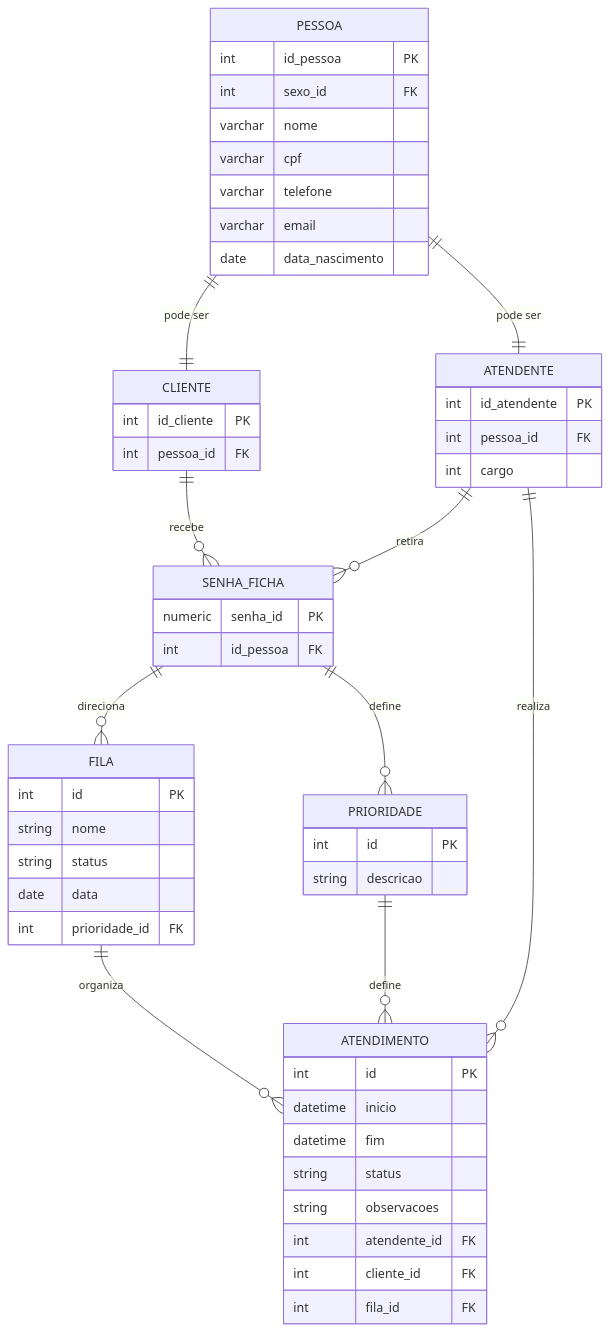
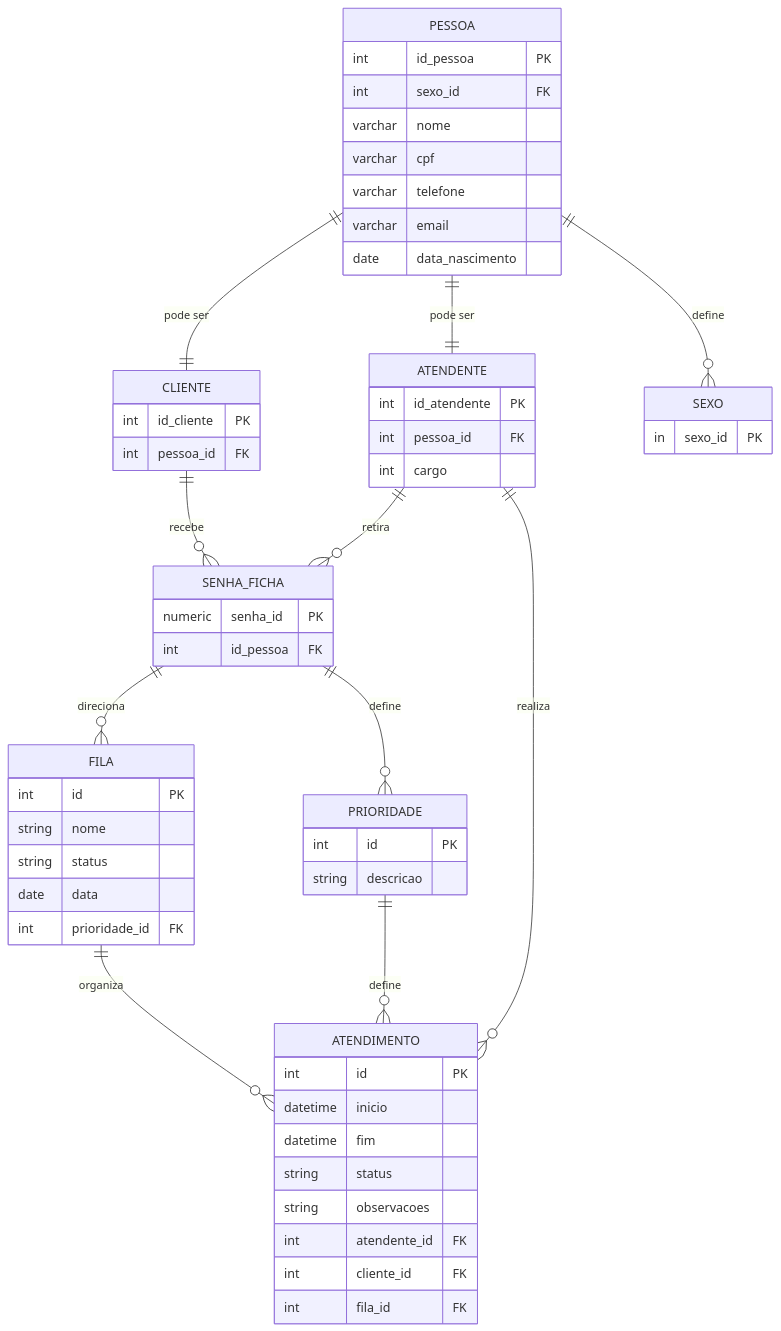
One commit to limadev27/Modelagem-de-Banco-de-Dados-com-PostgreSQL---Atividade changed the diagram in README.md. Above: the diagram before and after it, drawn with Mermaid.

Commit message:
Add SEXO entity and relationship to PESSOA

````diff
--- a/README.md
+++ b/README.md
@@ -42,67 +42,73 @@
 ```mermaid
 erDiagram
     PESSOA {
         int id_pessoa PK
         int sexo_id FK
         varchar nome
         varchar cpf
         varchar telefone
         varchar email
         date data_nascimento
+    }
+
+    SEXO{
+        in sexo_id PK    
     }
 
     CLIENTE {
         int id_cliente PK
         int pessoa_id FK
     }
 
     ATENDENTE {
         int id_atendente PK
         int pessoa_id FK
         int cargo
         
     }
 
     SENHA_FICHA{
         numeric senha_id PK
         int id_pessoa FK
 
     }
 
     FILA {
         int id PK
         string nome
         string status
         date data
         int prioridade_id FK
     }
 
     PRIORIDADE {
         int id PK
         string descricao
     }
 
     ATENDIMENTO {
         int id PK
         datetime inicio
         datetime fim
         string status
         string observacoes
         int atendente_id FK
         int cliente_id FK
         int fila_id FK
     }
 
     PESSOA ||--|| CLIENTE : "pode ser"
     PESSOA ||--|| ATENDENTE : "pode ser"
     
+    PESSOA ||--o{ SEXO : "define"
+
     CLIENTE ||--o{ SENHA_FICHA : "recebe"
     ATENDENTE ||--o{ SENHA_FICHA : "retira"
     ATENDENTE ||--o{ ATENDIMENTO : "realiza"
     
     SENHA_FICHA ||--o{ FILA : "direciona"
     SENHA_FICHA ||--o{ PRIORIDADE : "define"
 
     FILA ||--o{ ATENDIMENTO : "organiza"
     PRIORIDADE ||--o{ ATENDIMENTO : "define"
 ```
````
